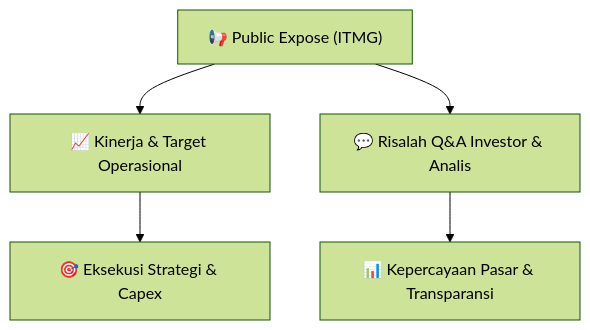
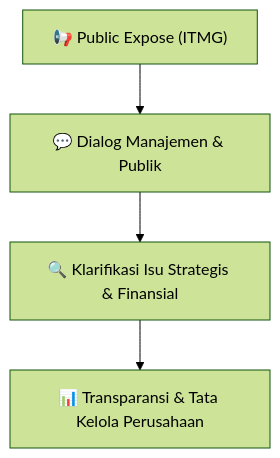
The diagram in reports/summaries/public-exposes/hasil-pubex/ITMG_Public_Expose_20260914.md (anYoneo/alphadigest-idx), drawn with Mermaid (forest theme) before and after one commit. The commit also changed other lines of this file and 526 other files, not shown here.

````diff
--- a/reports/summaries/public-exposes/hasil-pubex/ITMG_Public_Expose_20260914.md
+++ b/reports/summaries/public-exposes/hasil-pubex/ITMG_Public_Expose_20260914.md
@@ -15,7 +872,6 @@
 ```mermaid
 flowchart TD
-    A["📢 Public Expose (ITMG)"] --> B["📈 Kinerja & Target Operasional"]
-    A --> C["💬 Risalah Q&A Investor & Analis"]
-    B --> D["🎯 Eksekusi Strategi & Capex"]
-    C --> E["📊 Kepercayaan Pasar & Transparansi"]
+    A["📢 Public Expose (ITMG)"] --> B["💬 Dialog Manajemen & Publik"]
+    B --> C["🔍 Klarifikasi Isu Strategis & Finansial"]
+    C --> D["📊 Transparansi & Tata Kelola Perusahaan"]
 ```
````
